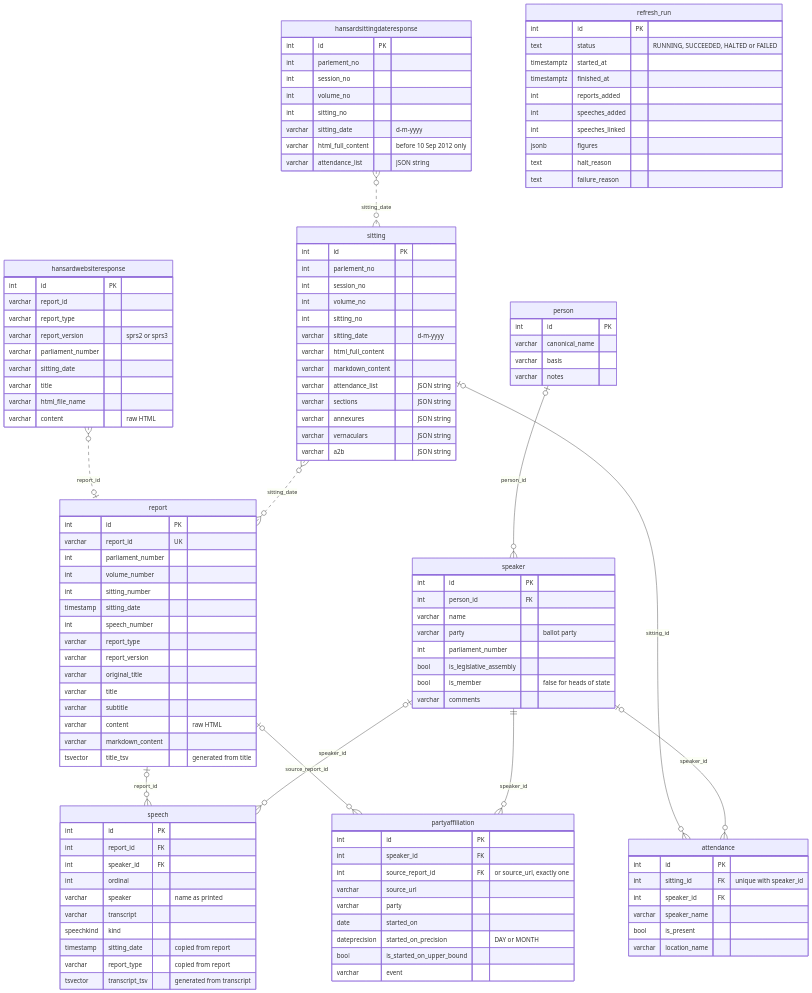
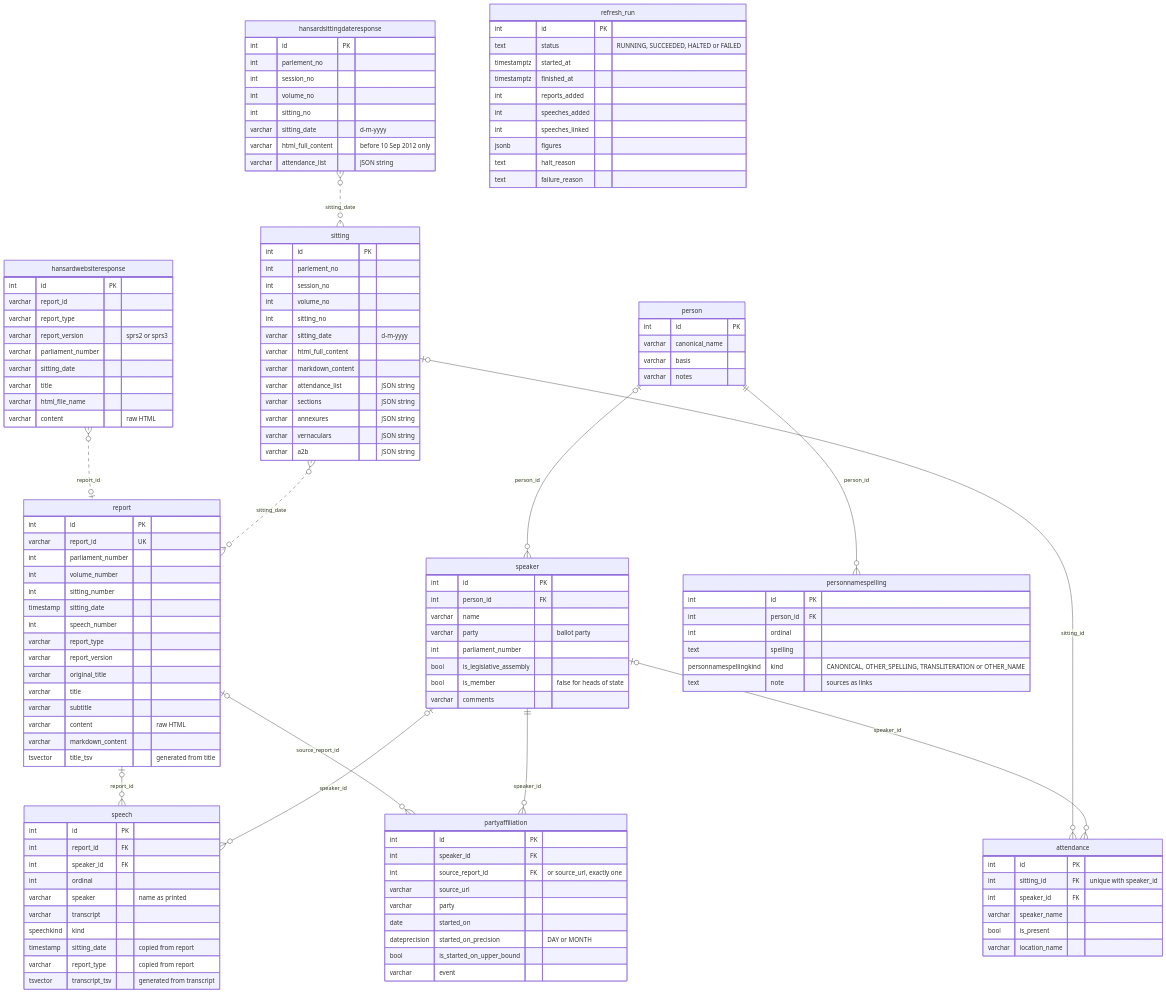
Before and after one commit to roycehoe/hansard-scraper: the diagram in database/README.md, drawn with Mermaid. The commit also changed 5 other files, not shown here.

```diff
--- a/database/README.md
+++ b/database/README.md
@@ -14,6 +14,7 @@
     speaker |o--o{ speech : "speaker_id"
     speaker ||--o{ partyaffiliation : "speaker_id"
     person |o--o{ speaker : "person_id"
+    person ||--o{ personnamespelling : "person_id"
 
     hansardwebsiteresponse {
         int id PK
@@ -112,6 +113,15 @@
         varchar notes
     }
 
+    personnamespelling {
+        int id PK
+        int person_id FK
+        int ordinal
+        text spelling
+        personnamespellingkind kind "CANONICAL, OTHER_SPELLING, TRANSLITERATION or OTHER_NAME"
+        text note "sources as links"
+    }
+
     partyaffiliation {
         int id PK
         int speaker_id FK
```
